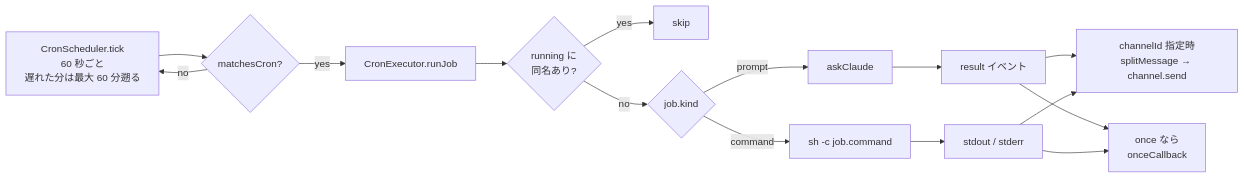
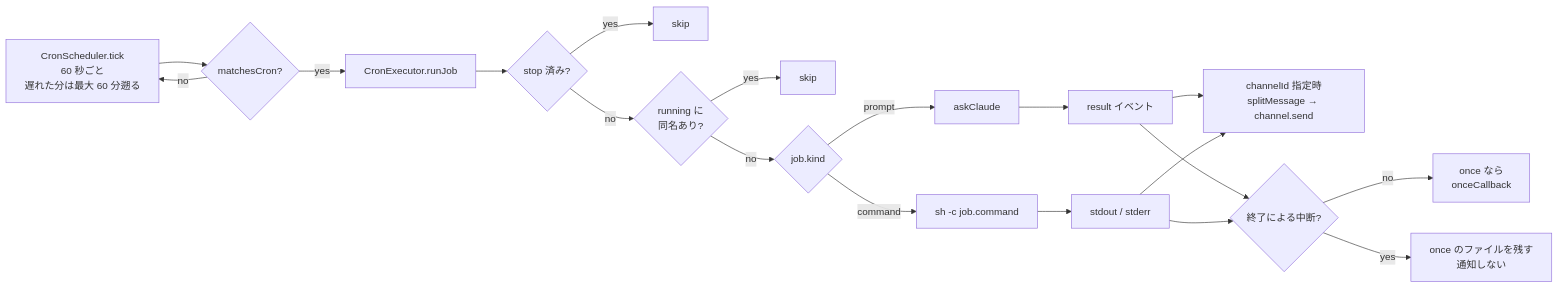
The diagram in docs/architecture/cron.md (ansanloms/loms-claw), drawn with Mermaid before and after one commit. The commit also changed other lines of this file and 7 other files, not shown here.

````diff
--- a/docs/architecture/cron.md
+++ b/docs/architecture/cron.md
@@ -24,17 +24,21 @@
 ```mermaid
 flowchart LR
   T[CronScheduler.tick<br/>60 秒ごと<br/>遅れた分は最大 60 分遡る] --> M{matchesCron?}
   M -- no --> T
   M -- yes --> R[CronExecutor.runJob]
-  R --> G{running に<br/>同名あり?}
+  R --> X{stop 済み?}
+  X -- yes --> S0[skip]
+  X -- no --> G{running に<br/>同名あり?}
   G -- yes --> S[skip]
   G -- no --> K{job.kind}
   K -- prompt --> A[askClaude]
   K -- command --> C["sh -c job.command"]
   A --> E[result イベント]
   C --> E2[stdout / stderr]
   E --> D[channelId 指定時<br/>splitMessage → channel.send]
   E2 --> D
-  E --> O[once なら<br/>onceCallback]
+  E --> O{終了による中断?}
   E2 --> O
+  O -- no --> OC[once なら<br/>onceCallback]
+  O -- yes --> OK[once のファイルを残す<br/>通知しない]
 ```
````
